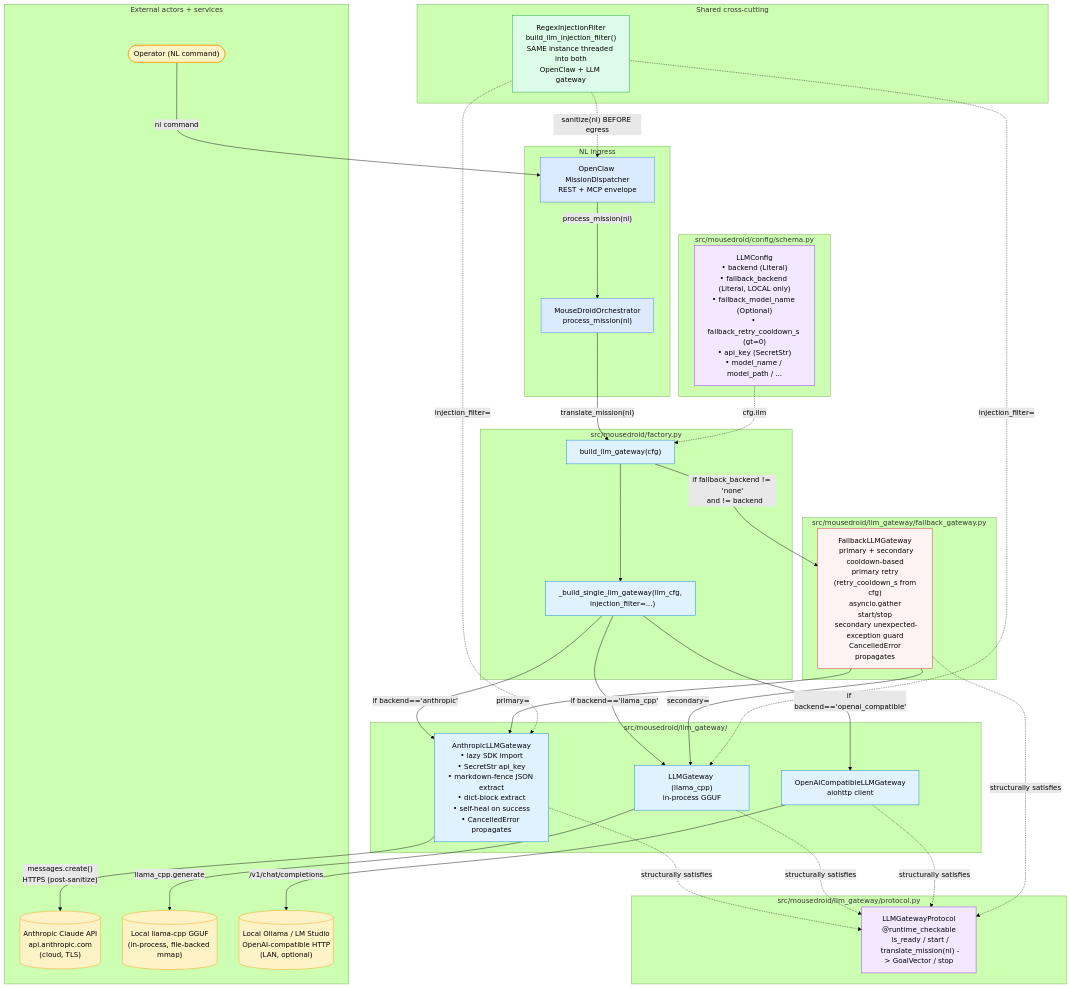
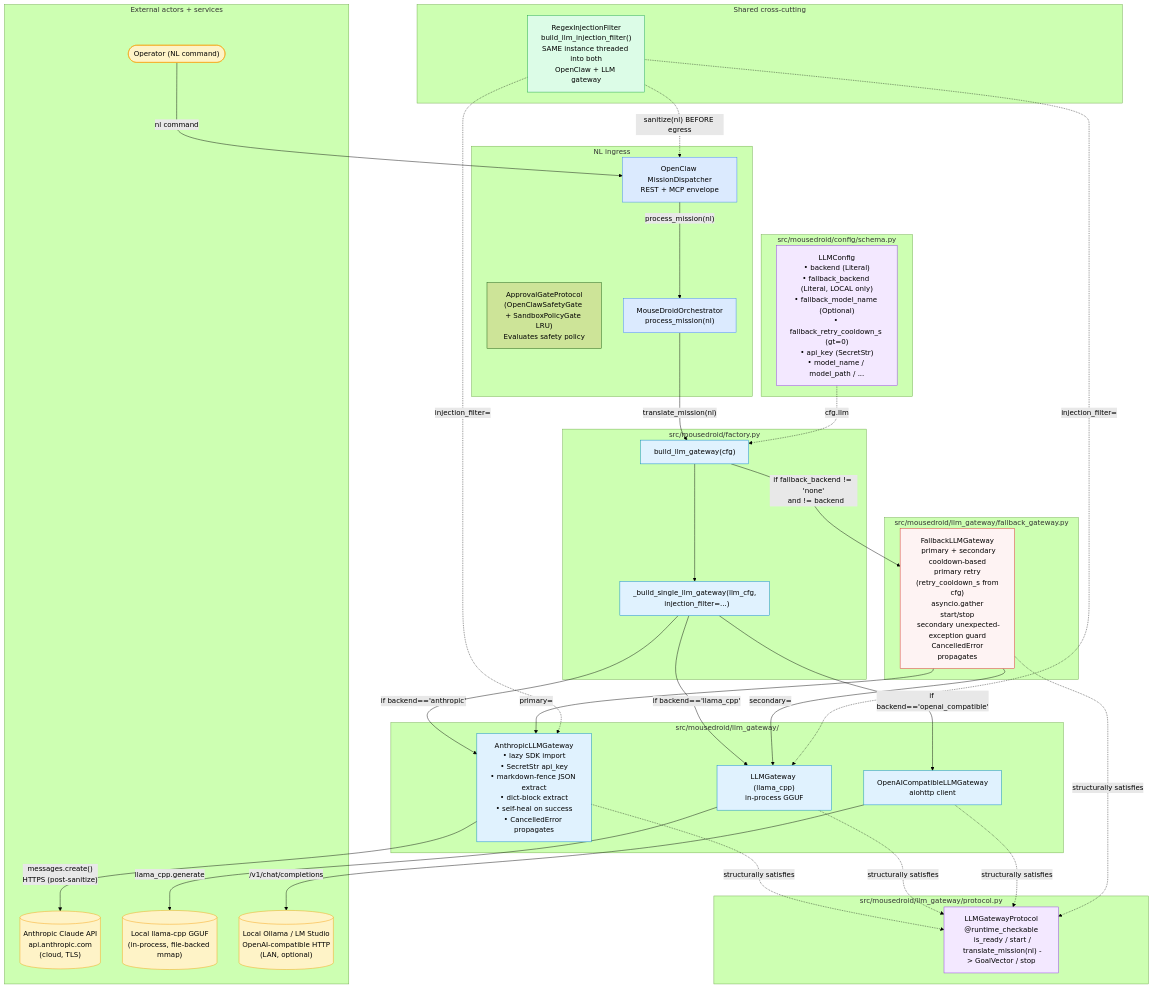
One commit to ianshank/Mouse-Droid-AGI changed the diagram in docs/architecture/c4-llm-gateway.md. Above: the diagram before and after it, drawn with Mermaid (forest theme). The commit also changed 35 other files, not shown here.

First line of the commit message:
feat(harness): integrate NemoClaw OpenClawSafetyGate and SandboxPolicyGate (F-027)

```diff
--- a/docs/architecture/c4-llm-gateway.md
+++ b/docs/architecture/c4-llm-gateway.md
@@ -23,6 +23,7 @@
 
     subgraph Ingress["NL ingress"]
         OpenClaw["OpenClaw MissionDispatcher\nREST + MCP envelope"]
+        ApprovalGates["ApprovalGateProtocol\n(OpenClawSafetyGate + SandboxPolicyGate LRU)\nEvaluates safety policy"]
         Orchestrator["MouseDroidOrchestrator\nprocess_mission(nl)"]
     end
 
```
